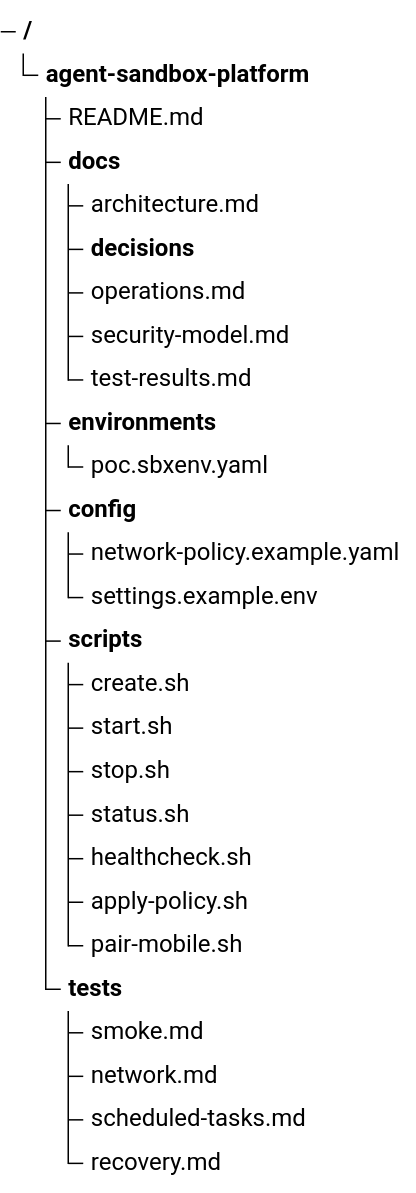
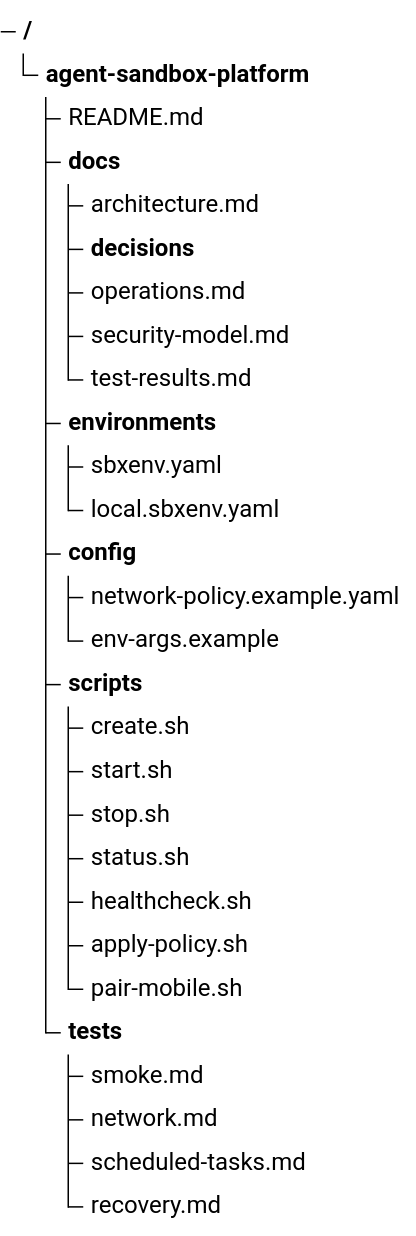
One commit to mitonattou919/agent-sandbox-platform changed the first of 5 diagrams in README.md. Above: the diagram before and after it, drawn with Mermaid. The commit also changed other lines of this file and 2 other files, not shown here.

First line of the commit message:
docs: align layout with official sbxenv/policy docs, add .gitignore

````diff
--- a/README.md
+++ b/README.md
@@ -17,29 +17,30 @@
 ```mermaid
 treeView-beta
     agent-sandbox-platform/
         README.md
         docs/
             architecture.md
             decisions/
             operations.md
             security-model.md
             test-results.md
         environments/
-            poc.sbxenv.yaml
+            sbxenv.yaml
+            local.sbxenv.yaml
         config/
             network-policy.example.yaml
-            settings.example.env
+            env-args.example
         scripts/
             create.sh
             start.sh
             stop.sh
             status.sh
             healthcheck.sh
             apply-policy.sh
             pair-mobile.sh
         tests/
             smoke.md
             network.md
             scheduled-tasks.md
             recovery.md
 ```
````
